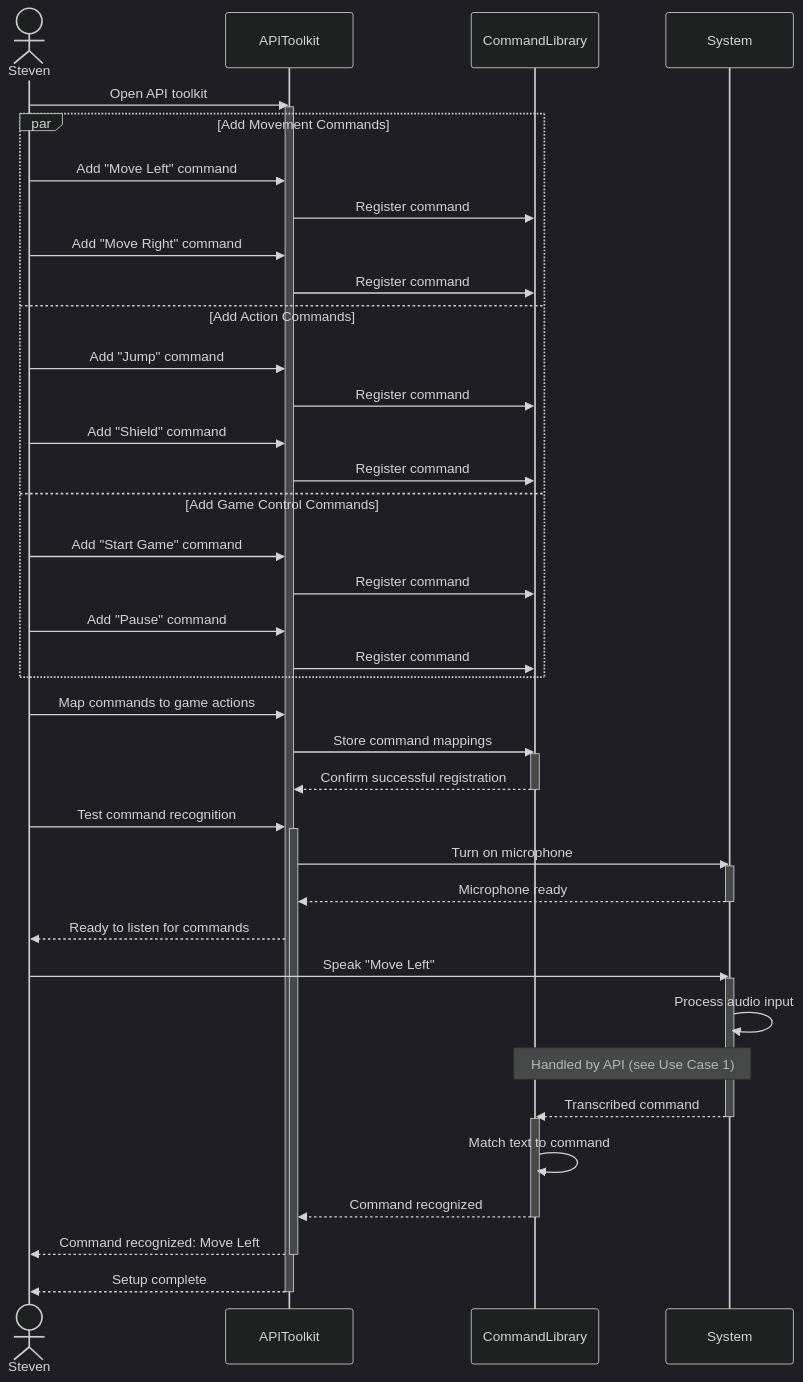
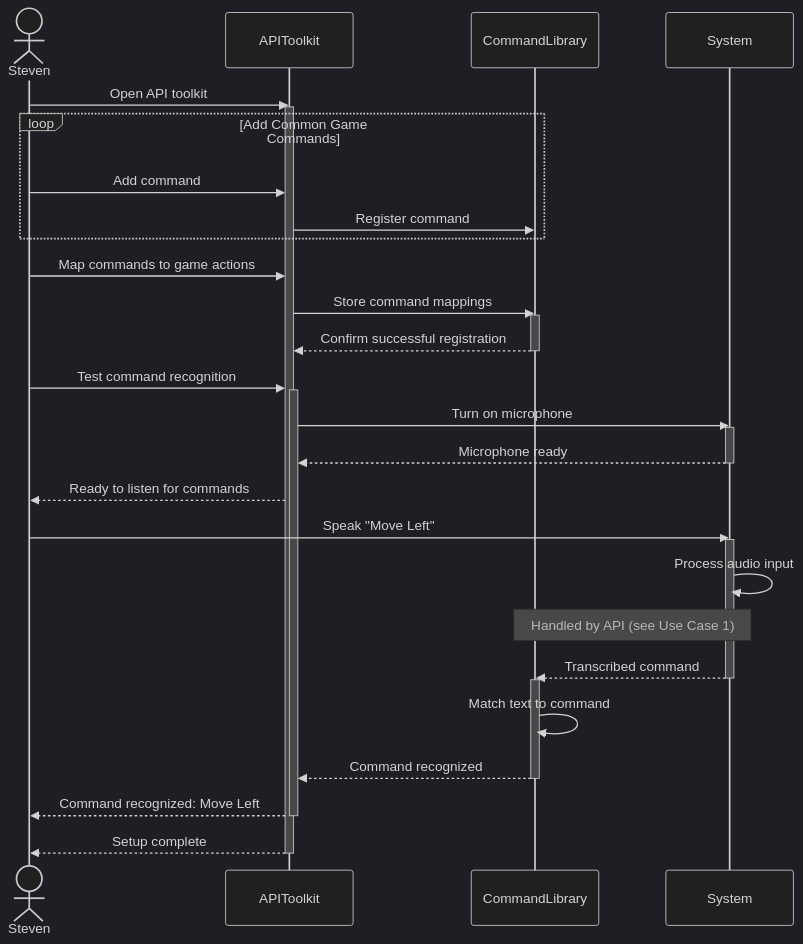
The sixth of 9 diagrams in documentation/docs/system-architecture/sequence-diagrams.md (Capstone-Projects-2025-Fall/project-001-aac-api), drawn with Mermaid (dark theme) before and after one commit. The commit also changed other lines of this file and 1 other file, not shown here.

Commit message:
Update Use Case 1 and redraw sequence diagrams

````diff
--- a/documentation/docs/system-architecture/sequence-diagrams.md
+++ b/documentation/docs/system-architecture/sequence-diagrams.md
@@ -412,56 +279,44 @@
 ```mermaid
 sequenceDiagram
     actor Steven
     participant APIToolkit
     participant CommandLibrary
     participant System
     
     Steven->>APIToolkit: Open API toolkit
     activate APIToolkit
         
-    par Add Movement Commands
-        Steven->>APIToolkit: Add "Move Left" command
-        APIToolkit->>CommandLibrary: Register command
-        Steven->>APIToolkit: Add "Move Right" command
-        APIToolkit->>CommandLibrary: Register command
-    and Add Action Commands
-        Steven->>APIToolkit: Add "Jump" command
-        APIToolkit->>CommandLibrary: Register command
-        Steven->>APIToolkit: Add "Shield" command
-        APIToolkit->>CommandLibrary: Register command
-    and Add Game Control Commands
-        Steven->>APIToolkit: Add "Start Game" command
-        APIToolkit->>CommandLibrary: Register command
-        Steven->>APIToolkit: Add "Pause" command
-        APIToolkit->>CommandLibrary: Register command
+    loop Add Common Game Commands
+        Steven->>APIToolkit: Add command
+        APIToolkit->>CommandLibrary: Register command 
     end
     
     Steven->>APIToolkit: Map commands to game actions
     APIToolkit->>CommandLibrary: Store command mappings
     activate CommandLibrary
 
     CommandLibrary-->>APIToolkit: Confirm successful registration
     deactivate CommandLibrary
     
     Steven->>APIToolkit: Test command recognition
     activate APIToolkit
     APIToolkit->>System: Turn on microphone
     activate System
     System-->>APIToolkit: Microphone ready
     deactivate System
     APIToolkit-->>Steven: Ready to listen for commands
     Steven->>System: Speak "Move Left"
     activate System
     System->>System: Process audio input
     Note over System, CommandLibrary: Handled by API (see Use Case 1)
     System-->>CommandLibrary: Transcribed command
     deactivate System
     activate CommandLibrary
     CommandLibrary->>CommandLibrary: Match text to command
     CommandLibrary-->>APIToolkit: Command recognized
     deactivate CommandLibrary
     APIToolkit-->>Steven: Command recognized: Move Left
     deactivate APIToolkit
     APIToolkit-->>Steven: Setup complete
     deactivate APIToolkit
 ```
````
